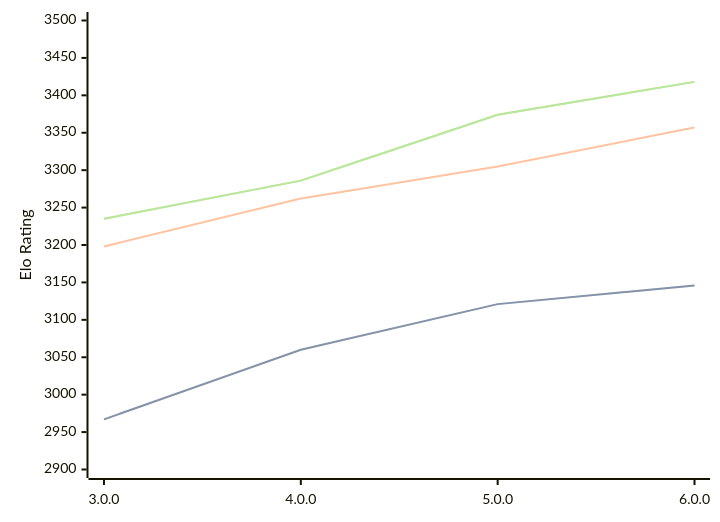
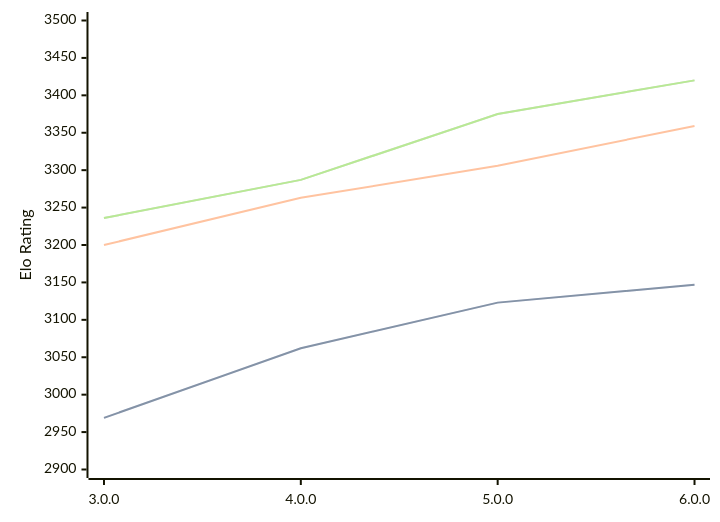
The diagram in engines/Minke.md (computer-chess-index/cci), drawn with Mermaid before and after one commit. The commit also changed other lines of this file, not shown here.

Commit message:
Update CCI Ratings (ELO VLTC) - 2026-08-09

````diff
--- a/engines/Minke.md
+++ b/engines/Minke.md
@@ -34,11 +34,11 @@
 ```mermaid
 %%{init: {"theme":"base","themeVariables":{"seriesColors:['#a3a3a3','#222221','#faa371']}}}%%
 xychart-beta
   x-axis ["3.0.0", "4.0.0", "5.0.0", "6.0.0"]
   y-axis "Elo Rating" 2900 --> 3500
-  line "STC (8.0+0.08s)" [2967, 3060, 3121, 3146]
-  line "STC (8.0+0.08s)" [2967, 3060, 3121, 3146]
-  line "LTC (60.0+0.60s)" [3198, 3262, 3305, 3357]
-  line "VLTC (2m24s+1.12s)" [3235, 3286, 3374, 3418]
-  line "VLTC (2m24s+1.12s)" [3235, 3286, 3374, 3418]
+  line "STC (8.0+0.08s)" [2969, 3062, 3123, 3147]
+  line "STC (8.0+0.08s)" [2969, 3062, 3123, 3147]
+  line "LTC (60.0+0.60s)" [3200, 3263, 3306, 3359]
+  line "VLTC (2m24s+1.12s)" [3236, 3287, 3375, 3420]
+  line "VLTC (2m24s+1.12s)" [3236, 3287, 3375, 3420]
 ```
````
